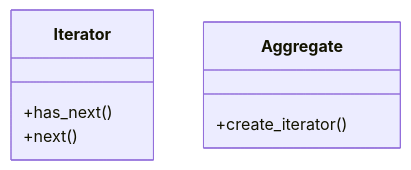
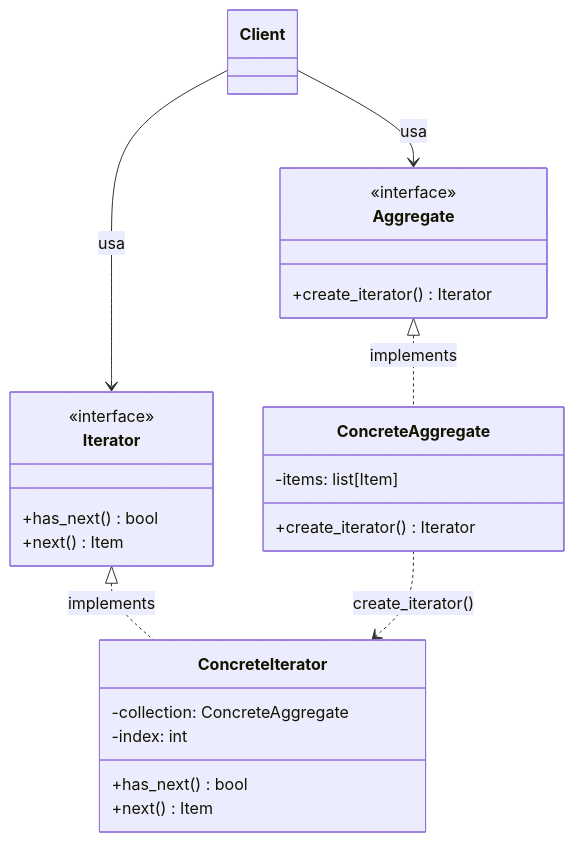
One commit to lucadileo9/design-pattern changed the first of 3 diagrams in 03_behavioral/iterator/README.md. Above: the diagram before and after it, drawn with Mermaid. The commit also changed other lines of this file, not shown here.

Commit message:
doc: add diagrams

````diff
--- a/03_behavioral/iterator/README.md
+++ b/03_behavioral/iterator/README.md
@@ -32,11 +33,29 @@
 ```mermaid
-%% Diagramma da completare
 classDiagram
     class Iterator {
-        +has_next()
-        +next()
+        <<interface>>
+        +has_next() bool
+        +next() Item
+    }
+    class ConcreteIterator {
+        -collection: ConcreteAggregate
+        -index: int
+        +has_next() bool
+        +next() Item
     }
     class Aggregate {
-        +create_iterator()
+        <<interface>>
+        +create_iterator() Iterator
     }
+    class ConcreteAggregate {
+        -items: list[Item]
+        +create_iterator() Iterator
+    }
+    class Client
+
+    Iterator <|.. ConcreteIterator : implements
+    Aggregate <|.. ConcreteAggregate : implements
+    ConcreteAggregate ..> ConcreteIterator : create_iterator()
+    Client --> Iterator : usa
+    Client --> Aggregate : usa
 ```
````
